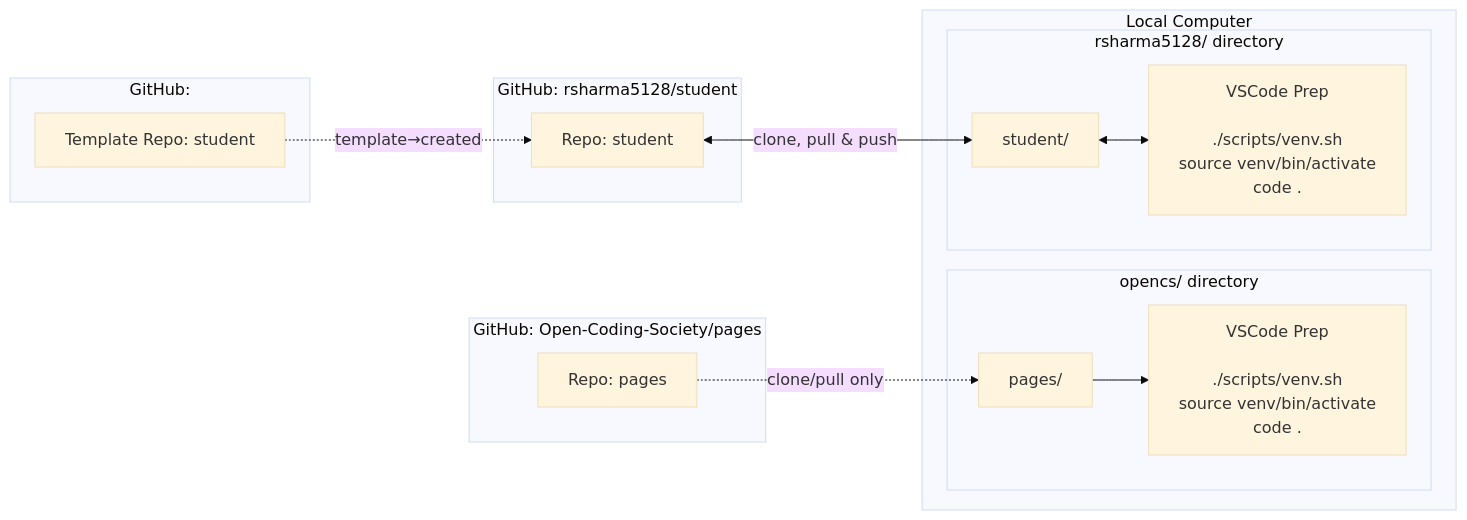
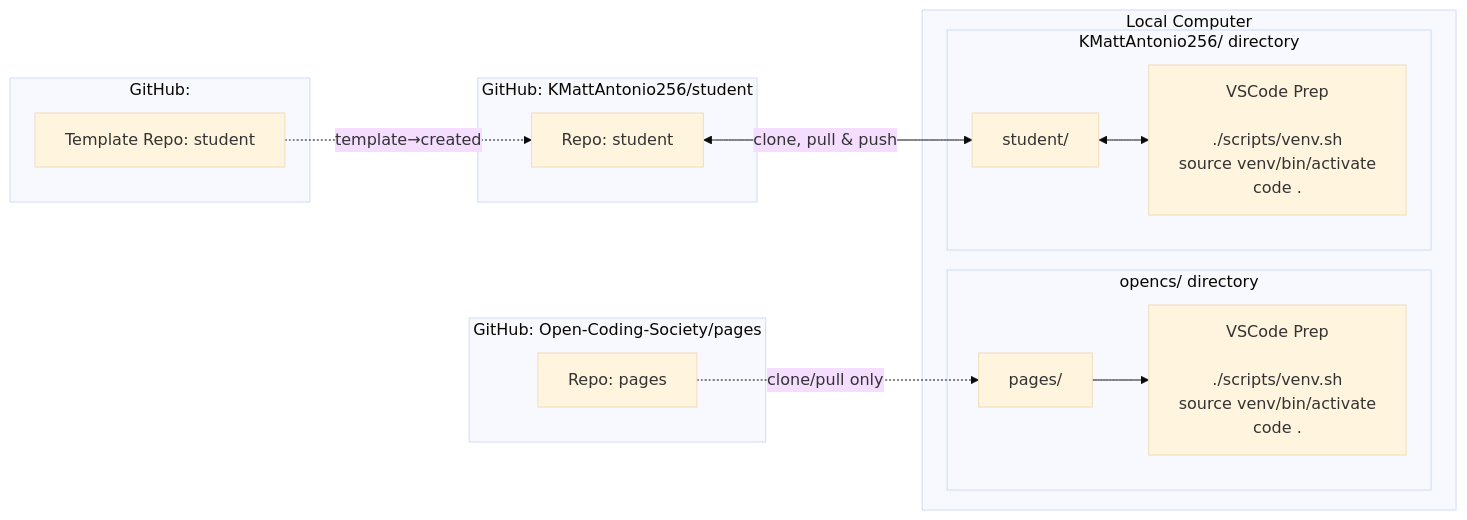
One commit to KMattAntonio256/student changed the first of 2 diagrams in _posts/Foundation/B-tools_and_equipment/2025-11-21-tools_quest.md. Above: the diagram before and after it, drawn with Mermaid (base theme).

````diff
--- a/_posts/Foundation/B-tools_and_equipment/2025-11-21-tools_quest.md
+++ b/_posts/Foundation/B-tools_and_equipment/2025-11-21-tools_quest.md
@@ -17,45 +17,45 @@
 ```mermaid
 flowchart LR
    %% GitHub Sources
    subgraph GitHub_Pages[GitHub: Open-Coding-Society/pages]
        A[Repo: pages]:::repo
    end
 
 
    subgraph GitHub_Template[GitHub:]
        T[Template Repo: student]:::repo
    end
 
 
-   subgraph GitHub_Student[GitHub: rsharma5128/student]
+   subgraph GitHub_Student[GitHub: KMattAntonio256/student]
        B[Repo: student]:::repo
    end
 
 
    %% Local Computer
    subgraph Local[Local Computer]
        subgraph opencs_dir[opencs/ directory]
            C[pages/]:::local
            Ccmd[VSCode Prep<br/><br/>./scripts/venv.sh<br/>source venv/bin/activate<br/>code .]:::cmd
        end
-       subgraph user_dir[rsharma5128/ directory]
+       subgraph user_dir[KMattAntonio256/ directory]
            D[student/]:::local
            Dcmd[VSCode Prep<br/><br/>./scripts/venv.sh<br/>source venv/bin/activate<br/>code .]:::cmd
        end
    end
 
 
    %% Arrows: cloning
    A -.->|clone/pull only| C
    B <--> |clone, pull & push| D
 
 
    %% Arrows: template relationship
    T -.->|template→created| B
 
 
    %% Arrows: commands
    C --> Ccmd
    D <--> Dcmd
   
 ```
````
